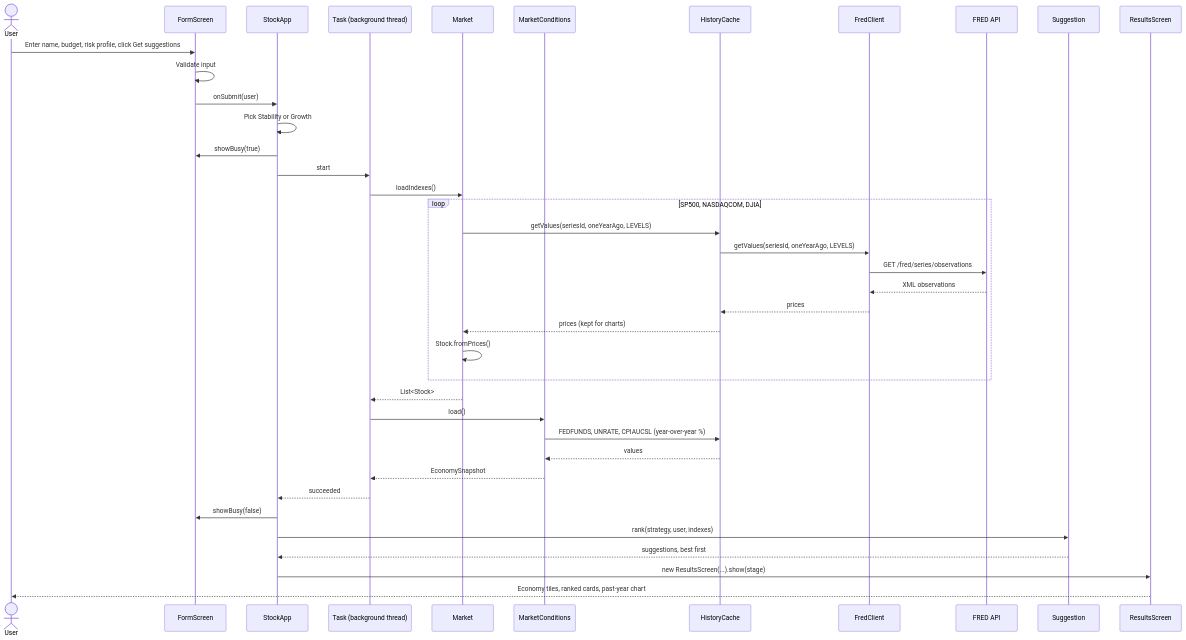
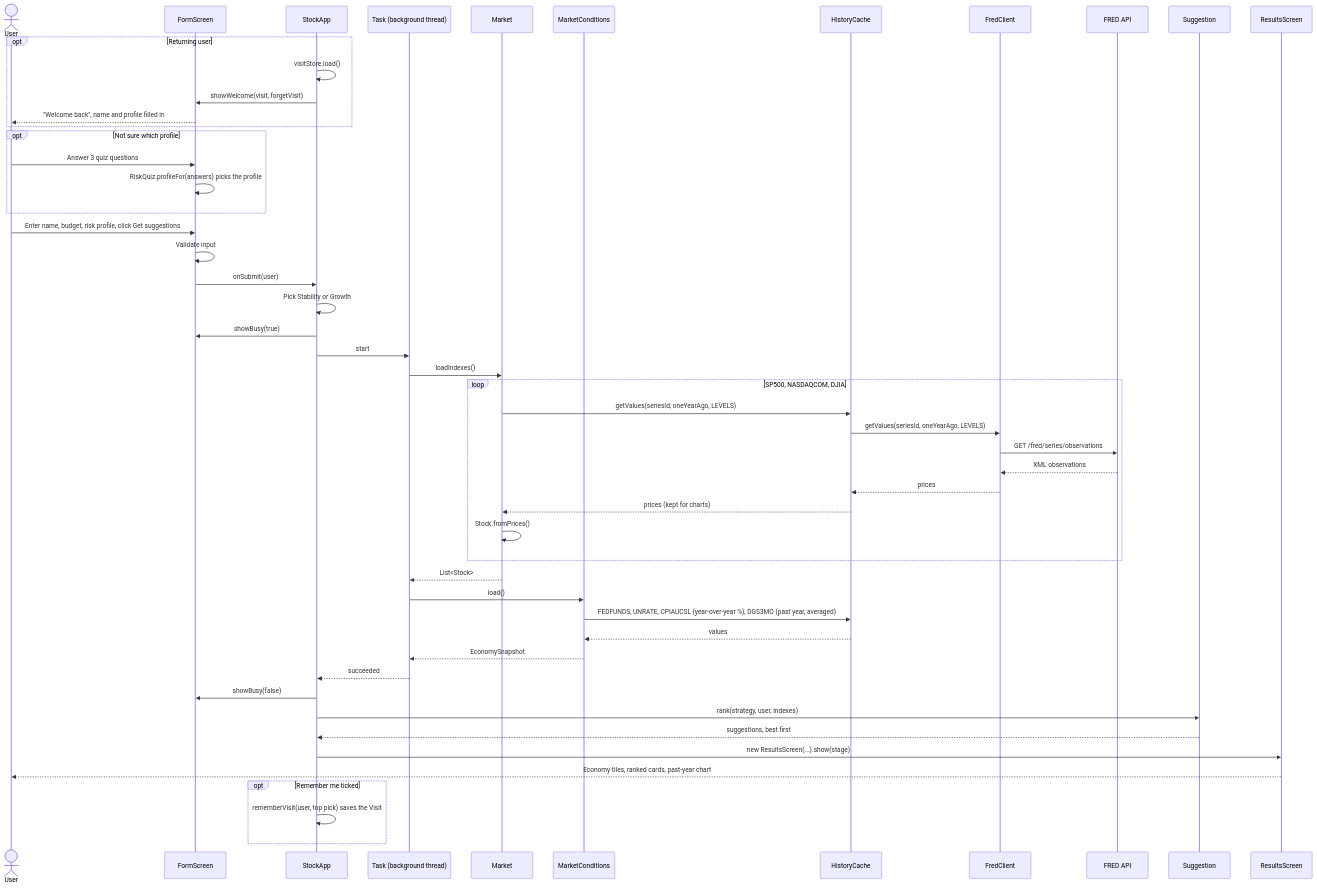
One commit to bryherd83/Glassfolio changed the second of 2 diagrams in docs/design.md. Above: the diagram before and after it, drawn with Mermaid. The commit also changed other lines of this file and 78 other files, not shown here.

````diff
--- a/docs/design.md
+++ b/docs/design.md
@@ -229,42 +427,54 @@
 ```mermaid
 sequenceDiagram
     actor U as User
     participant F as FormScreen
     participant A as StockApp
     participant T as Task (background thread)
     participant M as Market
     participant C as MarketConditions
     participant H as HistoryCache
     participant R as FredClient
     participant API as FRED API
     participant S as Suggestion
     participant RS as ResultsScreen
 
+    opt Returning user
+        A->>A: visitStore.load()
+        A->>F: showWelcome(visit, forgetVisit)
+        F-->>U: "Welcome back", name and profile filled in
+    end
+    opt Not sure which profile
+        U->>F: Answer 3 quiz questions
+        F->>F: RiskQuiz.profileFor(answers) picks the profile
+    end
     U->>F: Enter name, budget, risk profile, click Get suggestions
     F->>F: Validate input
     F->>A: onSubmit(user)
     A->>A: Pick Stability or Growth
     A->>F: showBusy(true)
     A->>T: start
     T->>M: loadIndexes()
     loop SP500, NASDAQCOM, DJIA
         M->>H: getValues(seriesId, oneYearAgo, LEVELS)
         H->>R: getValues(seriesId, oneYearAgo, LEVELS)
         R->>API: GET /fred/series/observations
         API-->>R: XML observations
         R-->>H: prices
         H-->>M: prices (kept for charts)
         M->>M: Stock.fromPrices()
     end
     M-->>T: List<Stock>
     T->>C: load()
-    C->>H: FEDFUNDS, UNRATE, CPIAUCSL (year-over-year %)
+    C->>H: FEDFUNDS, UNRATE, CPIAUCSL (year-over-year %), DGS3MO (past year, averaged)
     H-->>C: values
     C-->>T: EconomySnapshot
     T-->>A: succeeded
     A->>F: showBusy(false)
     A->>S: rank(strategy, user, indexes)
     S-->>A: suggestions, best first
     A->>RS: new ResultsScreen(...).show(stage)
     RS-->>U: Economy tiles, ranked cards, past-year chart
+    opt Remember me ticked
+        A->>A: rememberVisit(user, top pick) saves the Visit
+    end
 ```
````
